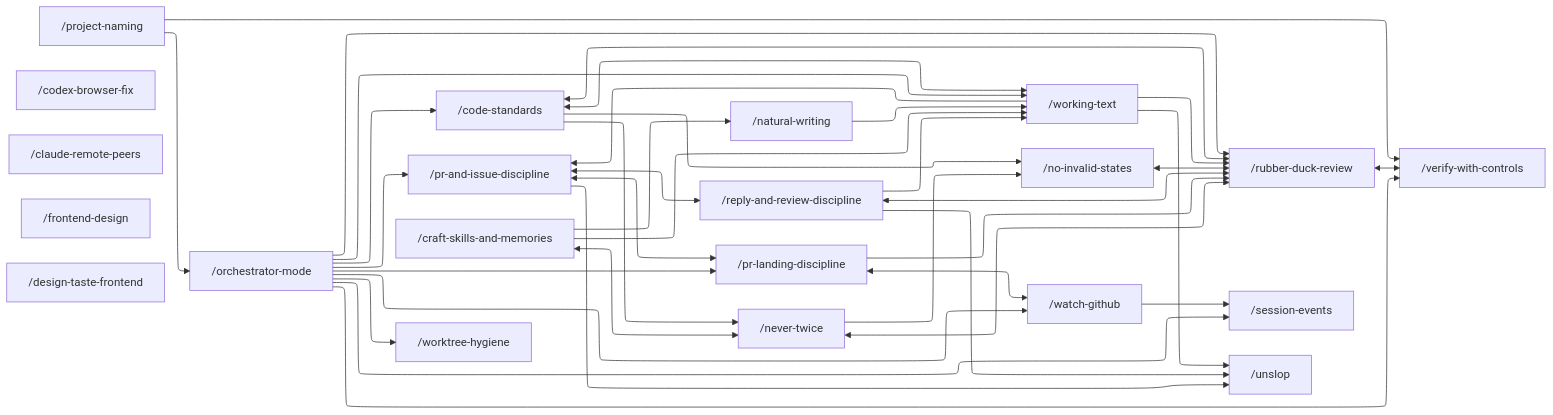
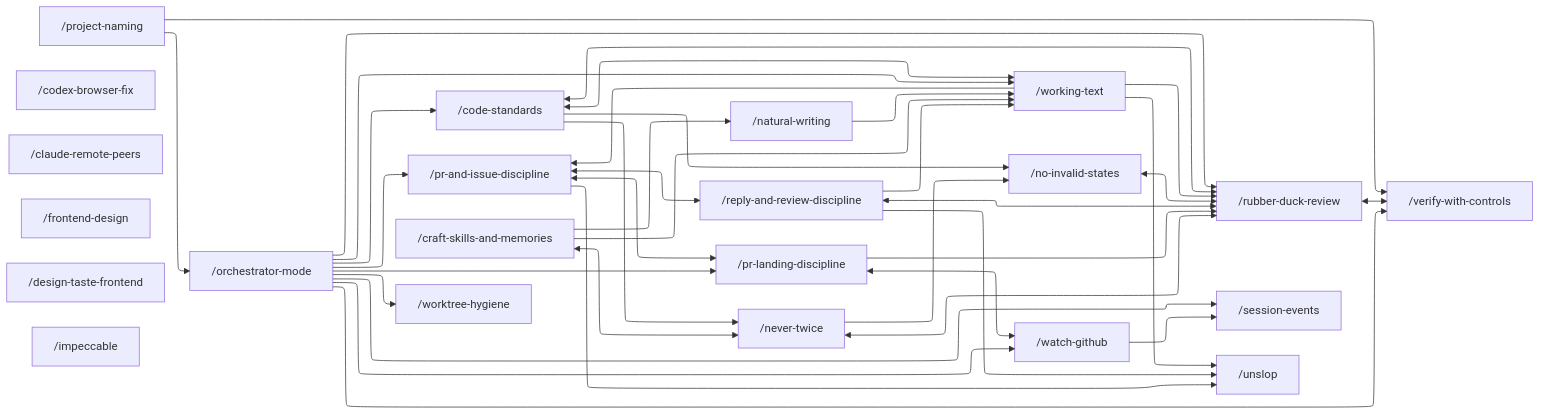
Before and after one commit to Vivswan/skills: the diagram in README.md, drawn with Mermaid. The commit also changed other lines of this file and 12 other files, not shown here.

````diff
--- a/README.md
+++ b/README.md
@@ -100,6 +104,7 @@
   crp["/claude-remote-peers"]
   fd["/frontend-design"]
   dtf["/design-taste-frontend"]
+  imp["/impeccable"]
 
   cs <--> wt
   cs <--> rdr
@@ -159,4 +164,5 @@
   click crp "./skills/claude-remote-peers/SKILL.md"
   click fd "https://github.com/anthropics/skills/tree/HEAD/skills/frontend-design"
   click dtf "https://github.com/Leonxlnx/taste-skill/tree/HEAD/skills/taste-skill"
+  click imp "https://github.com/pbakaus/impeccable/tree/HEAD/.agents/skills/impeccable"
 ```
````
